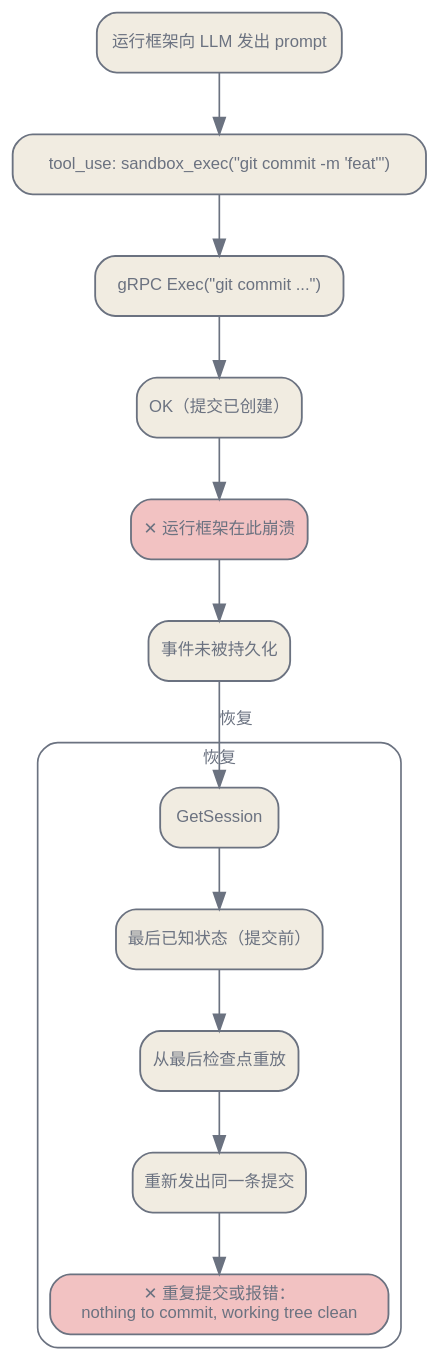
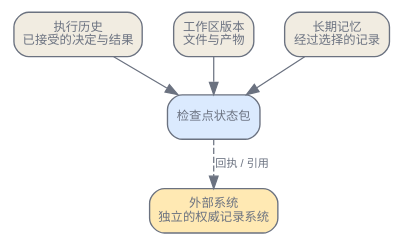
One commit to latere-ai/ai-as-an-infrastructure changed the first of 4 diagrams in zh/orchestration/03-memory-systems.qmd. Above: the diagram before and after it, drawn with Graphviz. The commit also changed other lines of this file and 2 other files, not shown here.

Commit message:
docs: rewrite Chinese memory systems chapter

````diff
--- a/zh/orchestration/03-memory-systems.qmd
+++ b/zh/orchestration/03-memory-systems.qmd
@@ -11,36 +26,23 @@
 ```{dot}
-//| label: fig-memory-crash-replay
-//| fig-cap: "在副作用与持久化之间崩溃，会使重放重新发出一次非幂等的提交，这是意图与结果之缝隙最纯粹的形式。"
+//| label: fig-memory-state-boundaries
+//| fig-cap: "四类状态在检查点相遇。执行历史、工作区和记忆存储是系统可控的状态；外部系统仍是彼此独立的权威记录系统。"
 digraph {
     bgcolor="transparent";
     rankdir=TB;
-    nodesep=0.4; ranksep=0.5;
+    size="3.2,8.0";
+    nodesep=0.35; ranksep=0.42;
     node [shape=box, style="rounded,filled", fontname="Helvetica", fontsize=10, color="#6b7280", fontcolor="#6b7280", fillcolor="#f1ece1", penwidth=1.1];
-    edge [fontsize=10, fontname="Helvetica", color="#6b7280", fontcolor="#6b7280"];
+    edge [fontsize=9, fontname="Helvetica", color="#6b7280", fontcolor="#6b7280"];
 
-    prompt [label="运行框架向 LLM 发出 prompt"];
-    tooluse [label="tool_use: sandbox_exec(\"git commit -m 'feat'\")"];
-    exec [label="gRPC Exec(\"git commit ...\")"];
-    ok [label="OK（提交已创建）"];
-    crash [label="✕ 运行框架在此崩溃", fillcolor="#f2c2c2"];
-    notpersist [label="事件未被持久化"];
+    C [label="检查点状态包", fillcolor="#dbeafe"];
+    J [label="执行历史\n已接受的决定与结果"];
+    W [label="工作区版本\n文件与产物"];
+    M [label="长期记忆\n经过选择的记录"];
+    E [label="外部系统\n独立的权威记录系统", fillcolor="#ffe9b3"];
 
-    prompt -> tooluse -> exec -> ok -> crash -> notpersist;
-
-    subgraph cluster_recovery {
-        label="恢复";
-        style=rounded;
-        color="#6b7280";
-        fontcolor="#6b7280";
-        fontsize=10;
-        getsession [label="GetSession"];
-        laststate [label="最后已知状态（提交前）"];
-        replay [label="从最后检查点重放"];
-        reissue [label="重新发出同一条提交"];
-        dup [label="✕ 重复提交或报错：\nnothing to commit, working tree clean", fillcolor="#f2c2c2"];
-        getsession -> laststate -> replay -> reissue -> dup;
-    }
-
-    notpersist -> getsession [label="恢复"];
+    J -> C;
+    W -> C;
+    M -> C;
+    C -> E [label="回执 / 引用", style=dashed];
 }
 ```
````
